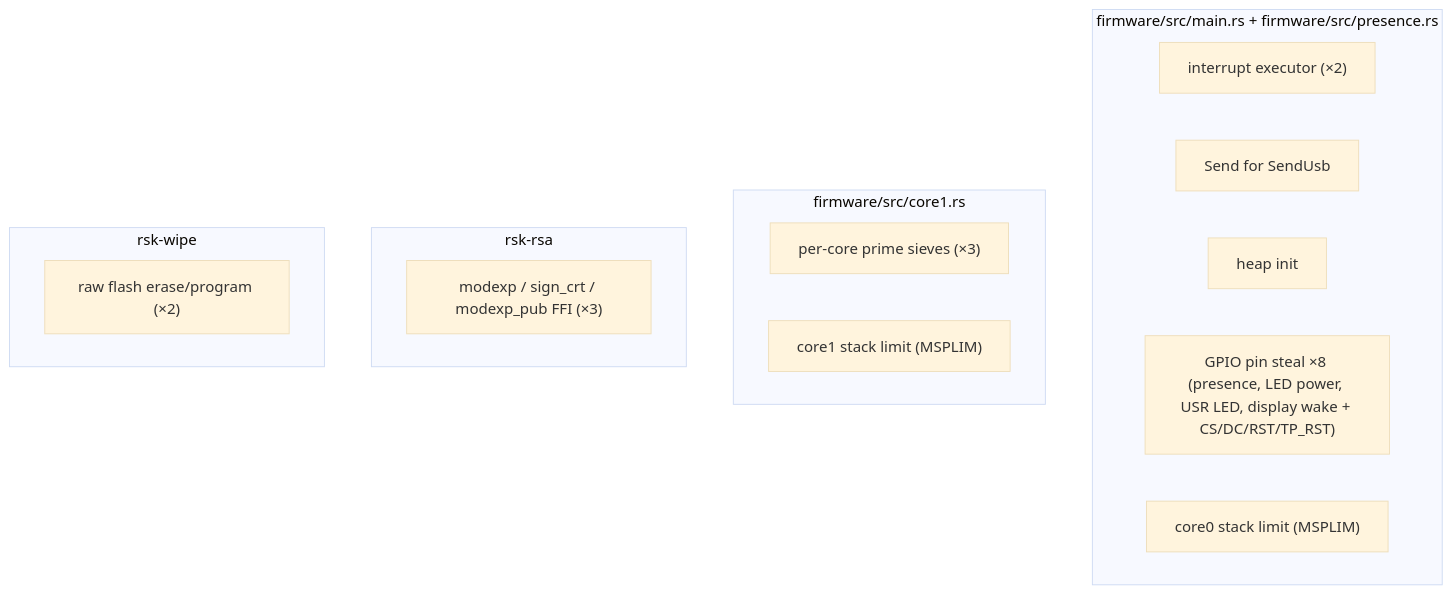
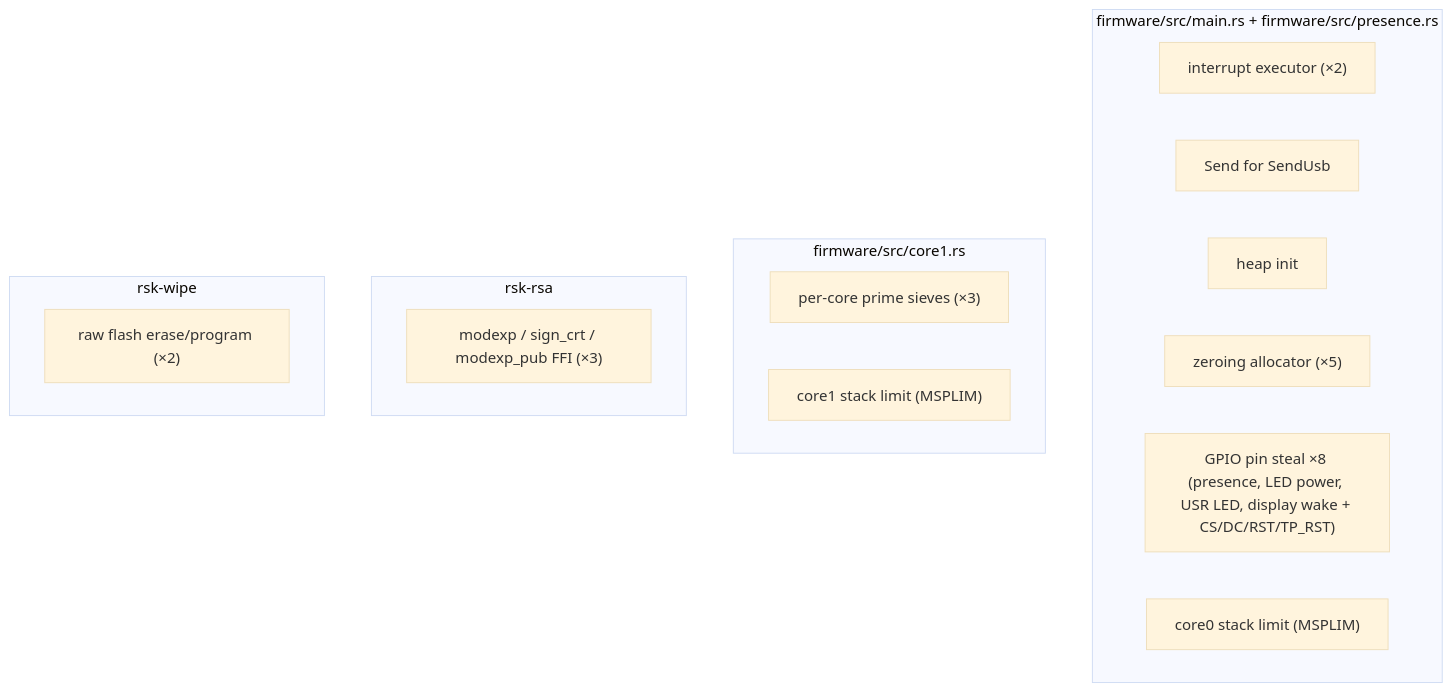
One commit to TheMaxMur/RS-Key changed the diagram in docs/unsafe.md. Above: the diagram before and after it, drawn with Mermaid (base theme). The commit also changed other lines of this file and 19 other files, not shown here.

````diff
--- a/docs/unsafe.md
+++ b/docs/unsafe.md
@@ -18,20 +18,21 @@
 ```mermaid
 flowchart TB
     subgraph fw["firmware/src/main.rs + firmware/src/presence.rs"]
       a["interrupt executor (×2)"]
       b["Send for SendUsb"]
       c["heap init"]
+      c2["zeroing allocator (×5)"]
       d["GPIO pin steal ×8 (presence, LED power, USR LED, display wake + CS/DC/RST/TP_RST)"]
       d2["core0 stack limit (MSPLIM)"]
     end
     subgraph kg["firmware/src/core1.rs"]
       e["per-core prime sieves (×3)"]
       e2["core1 stack limit (MSPLIM)"]
     end
     subgraph asm["rsk-rsa"]
       f["modexp / sign_crt / modexp_pub FFI (×3)"]
     end
     subgraph wipe["rsk-wipe"]
       g["raw flash erase/program (×2)"]
     end
 ```
````
